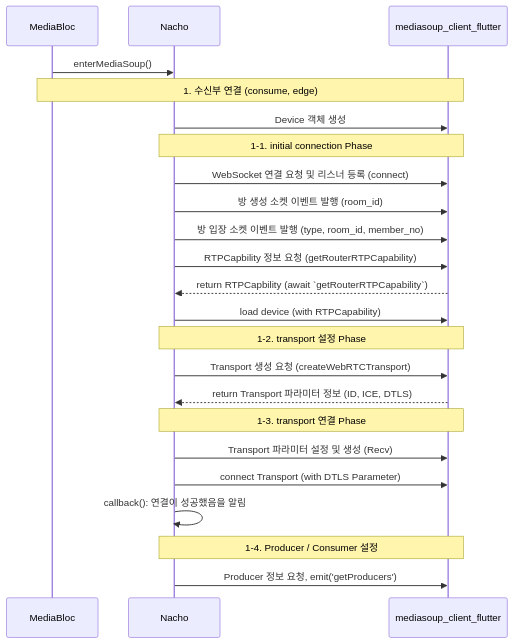
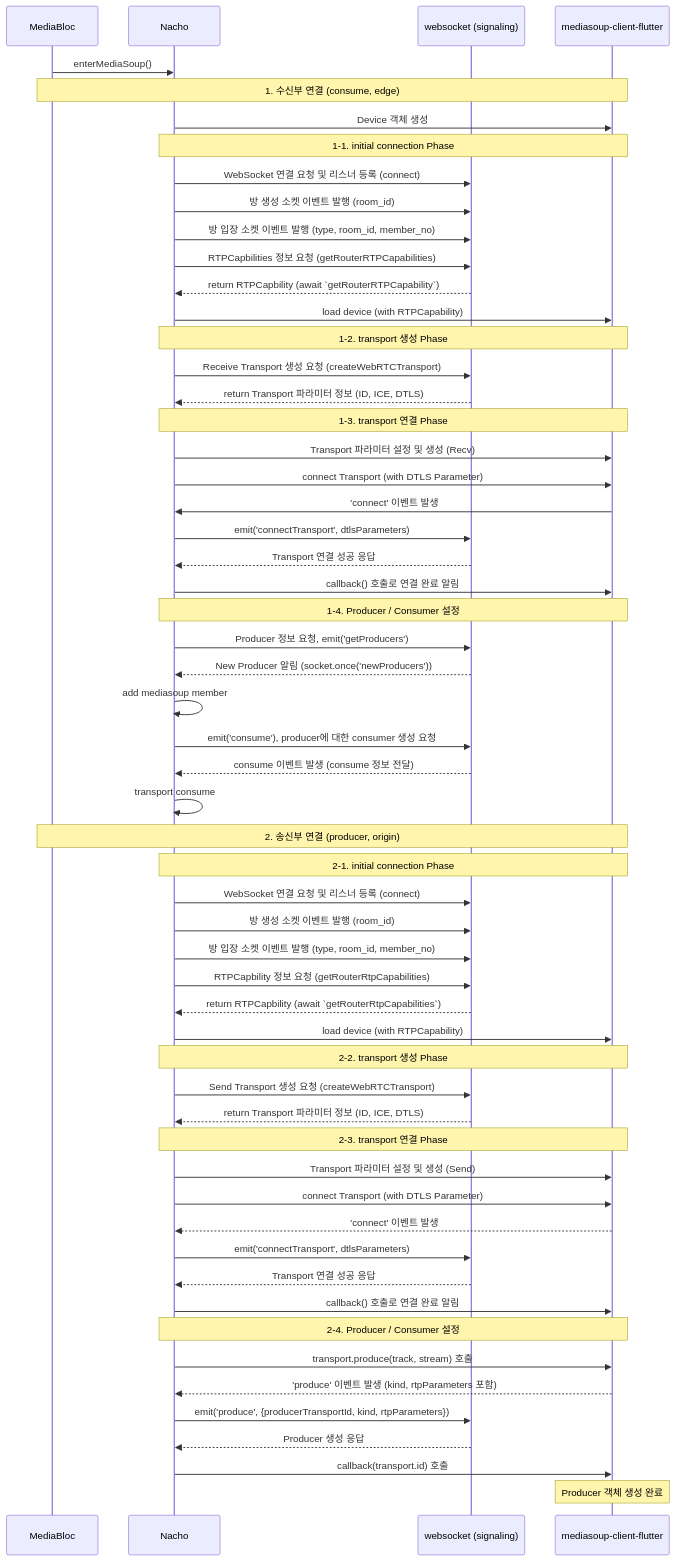
One commit to yunyezl/TIL changed the first of 2 diagrams in WebRTC & Audio/241128.md. Above: the diagram before and after it, drawn with Mermaid. The commit also changed other lines of this file and 1 other file, not shown here.

Commit message:
241210: mediasoup 내용 보충

````diff
--- a/WebRTC & Audio/241128.md
+++ b/WebRTC & Audio/241128.md
@@ -8,28 +12,68 @@
 ```mermaid
 sequenceDiagram
     participant MB as MediaBloc
     participant NC as Nacho
-    participant FL-MS as mediasoup_client_flutter
+    participant WS as websocket (signaling)
+    participant FL-MS as mediasoup-client-flutter
     
     MB->>NC: enterMediaSoup()
     Note over MB,FL-MS: 1. 수신부 연결 (consume, edge)
     NC->>FL-MS: Device 객체 생성
+    
     Note over NC,FL-MS: 1-1. initial connection Phase
-    NC->>FL-MS: WebSocket 연결 요청 및 리스너 등록 (connect)
-    NC->>FL-MS: 방 생성 소켓 이벤트 발행 (room_id)
-    NC->>FL-MS: 방 입장 소켓 이벤트 발행 (type, room_id, member_no)
-    NC->>FL-MS: RTPCapbility 정보 요청 (getRouterRTPCapability)
-    FL-MS-->>NC: return RTPCapbility (await `getRouterRTPCapability`)
+    NC->>WS: WebSocket 연결 요청 및 리스너 등록 (connect)
+    NC->>WS: 방 생성 소켓 이벤트 발행 (room_id)
+    NC->>WS: 방 입장 소켓 이벤트 발행 (type, room_id, member_no)
+    NC->>WS: RTPCapbilities 정보 요청 (getRouterRTPCapabilities)
+    WS-->>NC: return RTPCapbility (await `getRouterRTPCapability`)
     NC->>FL-MS: load device (with RTPCapability)
-    Note over NC,FL-MS: 1-2. transport 설정 Phase
-    NC->>FL-MS: Transport 생성 요청 (createWebRTCTransport)
-    FL-MS-->>NC: return Transport 파라미터 정보 (ID, ICE, DTLS)
+    
+    Note over NC,FL-MS: 1-2. transport 생성 Phase
+    NC->>WS: Receive Transport 생성 요청 (createWebRTCTransport)
+    WS-->>NC: return Transport 파라미터 정보 (ID, ICE, DTLS)
+    
     Note over NC,FL-MS: 1-3. transport 연결 Phase
     NC->>FL-MS: Transport 파라미터 설정 및 생성 (Recv)
     NC->>FL-MS: connect Transport (with DTLS Parameter)
-    NC->>NC: callback(): 연결이 성공했음을 알림
+    FL-MS->>NC: 'connect' 이벤트 발생 
+    NC->>WS: emit('connectTransport', dtlsParameters)
+    WS-->>NC: Transport 연결 성공 응답
+    NC->>FL-MS: callback() 호출로 연결 완료 알림
+  
     Note over NC,FL-MS: 1-4. Producer / Consumer 설정
-    NC->>FL-MS: Producer 정보 요청, emit('getProducers')
+    NC->>WS: Producer 정보 요청, emit('getProducers')
+    WS-->>NC: New Producer 알림 (socket.once('newProducers'))
+    NC->>NC: add mediasoup member 
+    NC->>WS: emit('consume'), producer에 대한 consumer 생성 요청
+    WS-->>NC: consume 이벤트 발생 (consume 정보 전달)
+    NC->>NC: transport consume
     
-
+    Note over MB,FL-MS: 2. 송신부 연결 (producer, origin)
+    Note over NC,FL-MS: 2-1. initial connection Phase
+    NC->>WS: WebSocket 연결 요청 및 리스너 등록 (connect)
+    NC->>WS: 방 생성 소켓 이벤트 발행 (room_id)
+    NC->>WS: 방 입장 소켓 이벤트 발행 (type, room_id, member_no)
+    NC->>WS: RTPCapbility 정보 요청 (getRouterRtpCapabilities)
+    WS-->>NC: return RTPCapbility (await `getRouterRtpCapabilities`)
+    NC->>FL-MS: load device (with RTPCapability)
+    
+    Note over NC,FL-MS: 2-2. transport 생성 Phase
+    NC->>WS: Send Transport 생성 요청 (createWebRTCTransport)
+    WS-->>NC: return Transport 파라미터 정보 (ID, ICE, DTLS)
+    
+    Note over NC,FL-MS: 2-3. transport 연결 Phase
+    NC->>FL-MS: Transport 파라미터 설정 및 생성 (Send)
+    NC->>FL-MS: connect Transport (with DTLS Parameter)
+    FL-MS-->>NC: 'connect' 이벤트 발생 
+    NC->>WS: emit('connectTransport', dtlsParameters)
+    WS-->>NC: Transport 연결 성공 응답
+    NC->>FL-MS: callback() 호출로 연결 완료 알림
+    
+    Note over NC,FL-MS: 2-4. Producer / Consumer 설정
+  NC->>FL-MS: transport.produce(track, stream) 호출
+    FL-MS-->>NC: 'produce' 이벤트 발생 (kind, rtpParameters 포함)
+    NC->>WS: emit('produce', {producerTransportId, kind, rtpParameters})
+    WS-->>NC: Producer 생성 응답
+    NC->>FL-MS: callback(transport.id) 호출
+    Note over FL-MS: Producer 객체 생성 완료
 ```
````
